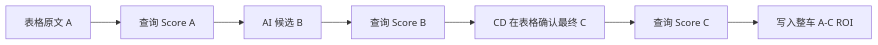
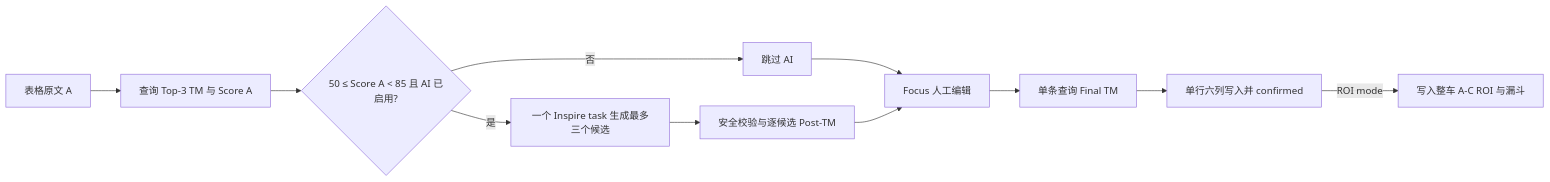
The diagram in docs/user-guide.md (TRUSOGEN/l10n-tm-companion), drawn with Mermaid before and after one commit. The commit also changed other lines of this file and 90 other files, not shown here.

````diff
--- a/docs/user-guide.md
+++ b/docs/user-guide.md
@@ -5,9 +5,13 @@
 ```mermaid
 flowchart LR
-  A[表格原文 A] --> TM1[查询 Score A]
-  TM1 --> B[AI 候选 B]
-  B --> TM2[查询 Score B]
-  TM2 --> CD[CD 在表格确认最终 C]
-  CD --> TM3[查询 Score C]
-  TM3 --> ROI[写入整车 A-C ROI]
+  A[表格原文 A] --> TM1[查询 Top-3 TM 与 Score A]
+  TM1 --> D{50 ≤ Score A < 85 且 AI 已启用?}
+  D -->|是| B[一个 Inspire task 生成最多三个候选]
+  D -->|否| F[跳过 AI]
+  B --> SAFE[安全校验与逐候选 Post-TM]
+  F --> FOCUS[Focus 人工编辑]
+  SAFE --> FOCUS
+  FOCUS --> TM3[单条查询 Final TM]
+  TM3 --> SHEET[单行六列写入并 confirmed]
+  SHEET -->|ROI mode| ROI[写入整车 A-C ROI 与漏斗]
 ```
````
